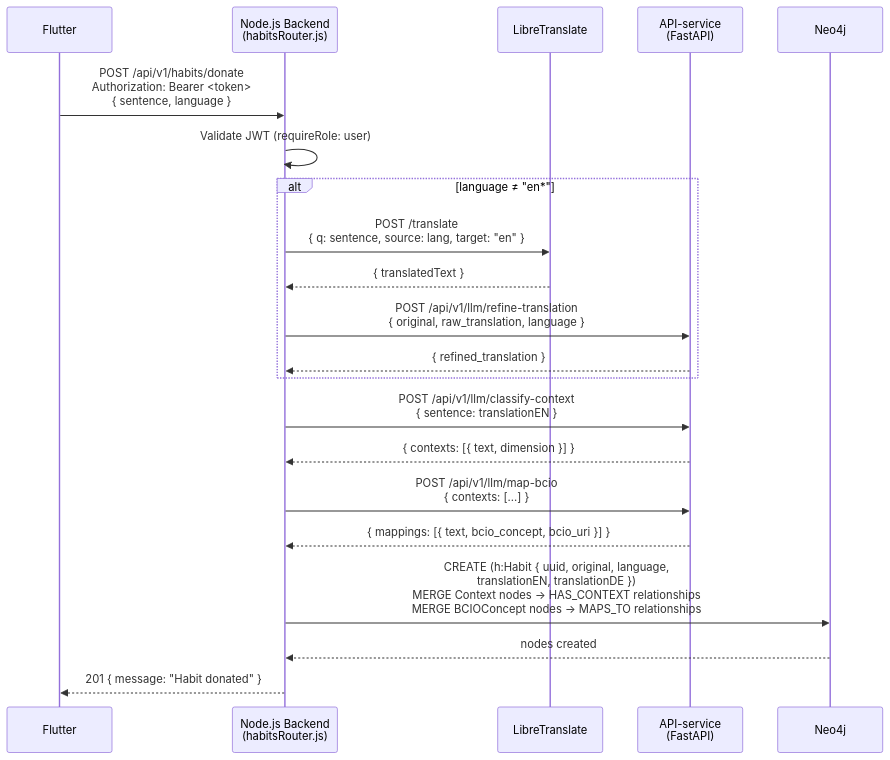
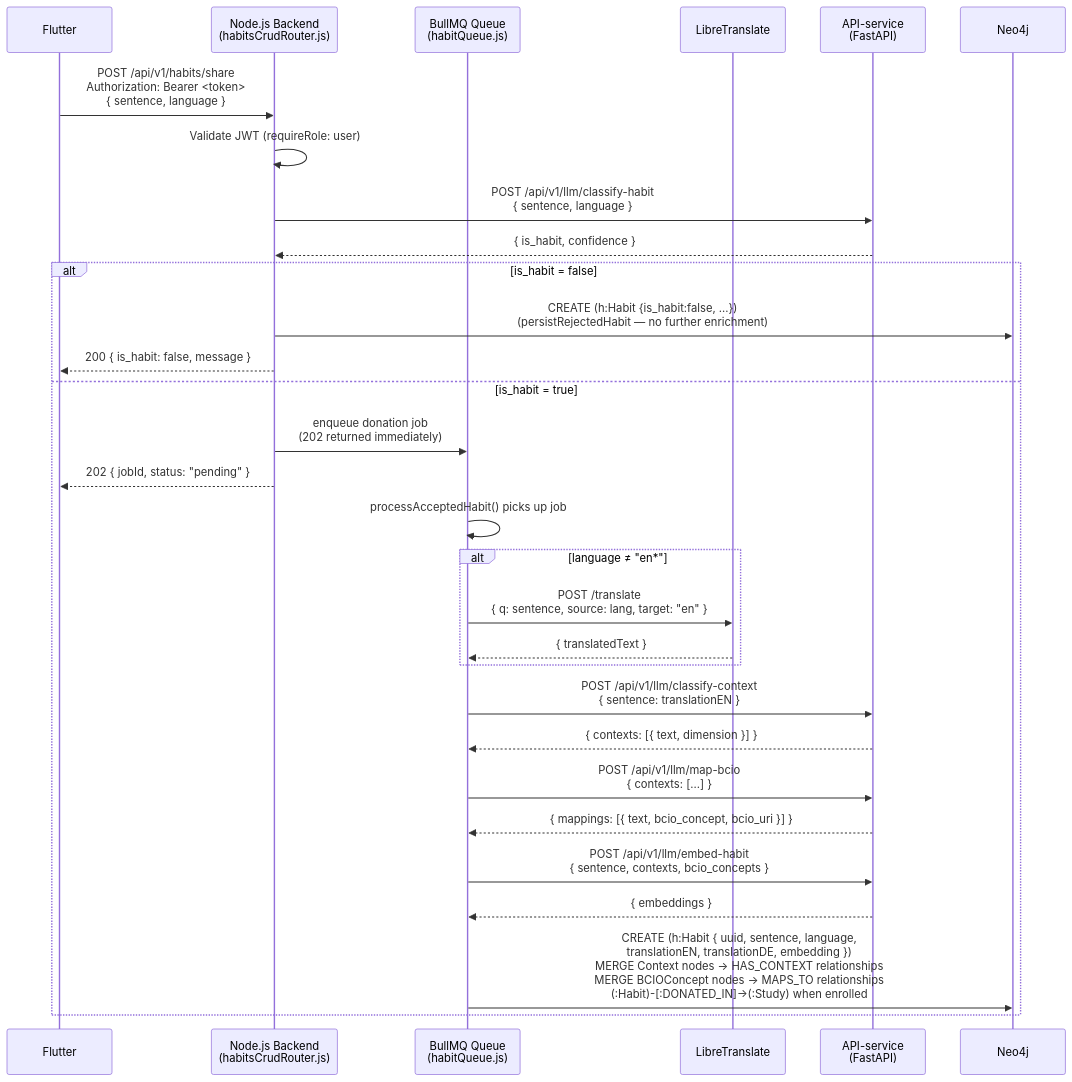
The second of 5 diagrams in docs/architecture.md (Bulgy404/health-habit-hub), drawn with Mermaid before and after one commit. The commit also changed other lines of this file and 59 other files, not shown here.

````diff
--- a/docs/architecture.md
+++ b/docs/architecture.md
@@ -135,29 +135,40 @@
 ```mermaid
 sequenceDiagram
     participant Flutter
-    participant Backend as Node.js Backend<br/>(habitsRouter.js)
+    participant Backend as Node.js Backend<br/>(habitsCrudRouter.js)
+    participant Queue as BullMQ Queue<br/>(habitQueue.js)
     participant LibreTranslate
     participant APIService as API-service<br/>(FastAPI)
     participant Neo4j
 
-    Flutter->>Backend: POST /api/v1/habits/donate<br/>Authorization: Bearer <token><br/>{ sentence, language }
+    Flutter->>Backend: POST /api/v1/habits/share<br/>Authorization: Bearer <token><br/>{ sentence, language }
     Backend->>Backend: Validate JWT (requireRole: user)
 
-    alt language ≠ "en*"
-        Backend->>LibreTranslate: POST /translate<br/>{ q: sentence, source: lang, target: "en" }
-        LibreTranslate-->>Backend: { translatedText }
-        Backend->>APIService: POST /api/v1/llm/refine-translation<br/>{ original, raw_translation, language }
-        APIService-->>Backend: { refined_translation }
+    Backend->>APIService: POST /api/v1/llm/classify-habit<br/>{ sentence, language }
+    APIService-->>Backend: { is_habit, confidence }
+
+    alt is_habit = false
+        Backend->>Neo4j: CREATE (h:Habit {is_habit:false, ...})<br/>(persistRejectedHabit — no further enrichment)
+        Backend-->>Flutter: 200 { is_habit: false, message }
+    else is_habit = true
+        Backend->>Queue: enqueue donation job<br/>(202 returned immediately)
+        Backend-->>Flutter: 202 { jobId, status: "pending" }
+        Queue->>Queue: processAcceptedHabit() picks up job
+
+        alt language ≠ "en*"
+            Queue->>LibreTranslate: POST /translate<br/>{ q: sentence, source: lang, target: "en" }
+            LibreTranslate-->>Queue: { translatedText }
+        end
+
+        Queue->>APIService: POST /api/v1/llm/classify-context<br/>{ sentence: translationEN }
+        APIService-->>Queue: { contexts: [{ text, dimension }] }
+
+        Queue->>APIService: POST /api/v1/llm/map-bcio<br/>{ contexts: [...] }
+        APIService-->>Queue: { mappings: [{ text, bcio_concept, bcio_uri }] }
+
+        Queue->>APIService: POST /api/v1/llm/embed-habit<br/>{ sentence, contexts, bcio_concepts }
+        APIService-->>Queue: { embeddings }
+
+        Queue->>Neo4j: CREATE (h:Habit { uuid, sentence, language,<br/>translationEN, translationDE, embedding })<br/>MERGE Context nodes → HAS_CONTEXT relationships<br/>MERGE BCIOConcept nodes → MAPS_TO relationships<br/>(:Habit)-[:DONATED_IN]->(:Study) when enrolled
     end
-
-    Backend->>APIService: POST /api/v1/llm/classify-context<br/>{ sentence: translationEN }
-    APIService-->>Backend: { contexts: [{ text, dimension }] }
-
-    Backend->>APIService: POST /api/v1/llm/map-bcio<br/>{ contexts: [...] }
-    APIService-->>Backend: { mappings: [{ text, bcio_concept, bcio_uri }] }
-
-    Backend->>Neo4j: CREATE (h:Habit { uuid, original, language,<br/>translationEN, translationDE })<br/>MERGE Context nodes → HAS_CONTEXT relationships<br/>MERGE BCIOConcept nodes → MAPS_TO relationships
-    Neo4j-->>Backend: nodes created
-
-    Backend-->>Flutter: 201 { message: "Habit donated" }
 ```
````
